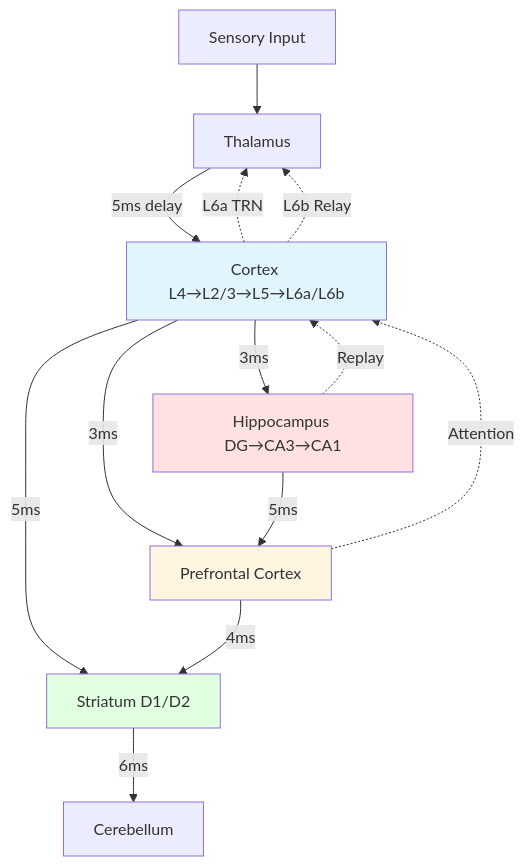
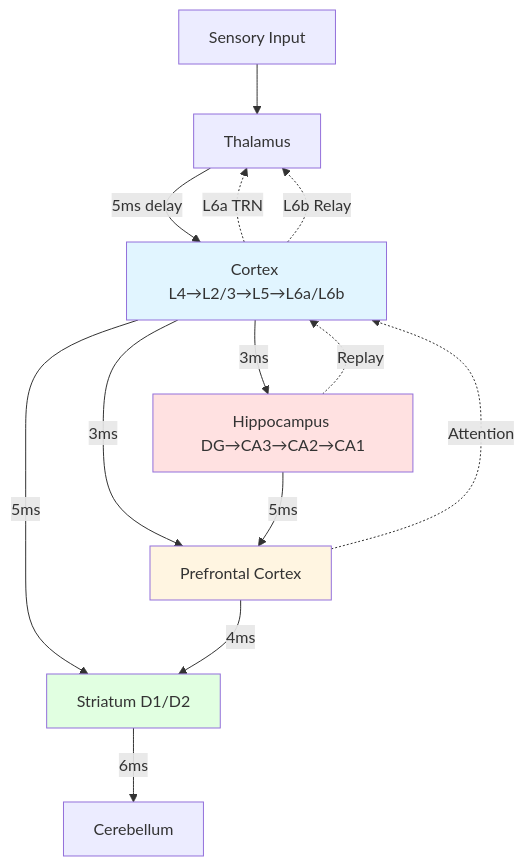
The diagram in README.md (kevin-heitfeld/thalia), drawn with Mermaid before and after one commit. The commit also changed 40 other files, not shown here.

````diff
--- a/README.md
+++ b/README.md
@@ -64,20 +64,20 @@
 ```mermaid
 graph TD
     A[Sensory Input] --> B[Thalamus]
     B -->|5ms delay| C[Cortex L4→L2/3→L5→L6a/L6b]
-    C -->|3ms| D[Hippocampus DG→CA3→CA1]
+    C -->|3ms| D[Hippocampus DG→CA3→CA2→CA1]
     C -->|5ms| E[Striatum D1/D2]
     C -->|3ms| F[Prefrontal Cortex]
     D -->|5ms| F
     F -->|4ms| E
     E -->|6ms| G[Cerebellum]
     F -.->|Attention| C
     D -.->|Replay| C
     C -.->|L6a TRN| B
     C -.->|L6b Relay| B
 
     style C fill:#e1f5ff
     style D fill:#ffe1e1
     style E fill:#e1ffe1
     style F fill:#fff5e1
 ```
````
